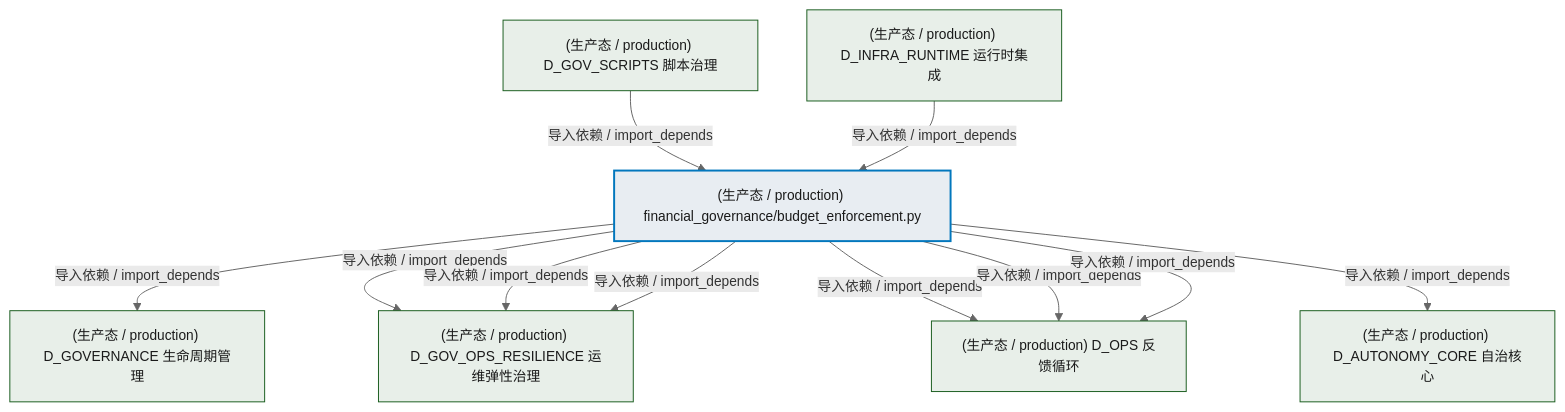
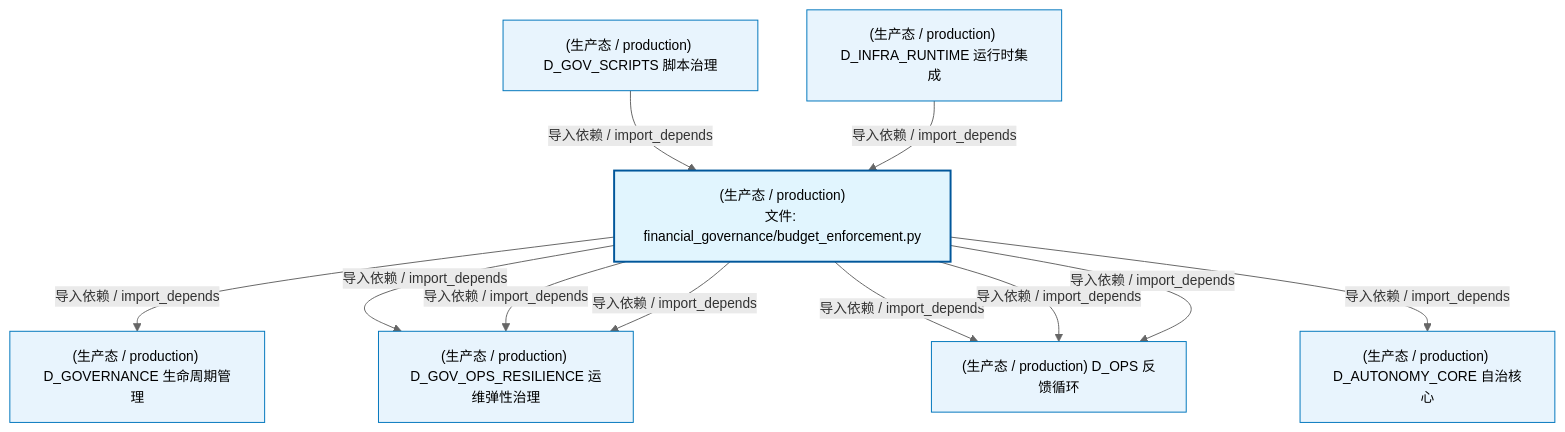
The second of 3 diagrams in docs/02_enterprise_architecture/02_domain_architecture_docs/54_d_gov_repair.md (xuanFelixVan/ZephyrAlpha), drawn with Mermaid before and after one commit. The commit also changed other lines of this file and 75 other files, not shown here.

````diff
--- a/docs/02_enterprise_architecture/02_domain_architecture_docs/54_d_gov_repair.md
+++ b/docs/02_enterprise_architecture/02_domain_architecture_docs/54_d_gov_repair.md
@@ -95,27 +95,27 @@
 ```mermaid
 %%{init: {'theme': 'base', 'themeVariables': {'primaryColor': '#eaeaea', 'primaryTextColor': '#333333', 'primaryBorderColor': '#666666', 'lineColor': '#666666', 'secondaryColor': '#eaeaea', 'tertiaryColor': '#eaeaea', 'fontSize': '14px'}}}%%
 flowchart TD
-    src_zephyr_governance_financial_governance_budget_enforcement_py["(生产态 / production) financial_governance/budget_enforcement.py"]
+    src_zephyr_governance_financial_governance_budget_enforcement_py["(生产态 / production)<br/>文件: financial_governance/budget_enforcement.py"]
     D_GOVERNANCE["(生产态 / production) D_GOVERNANCE 生命周期管理"]
     src_zephyr_governance_financial_governance_budget_enforcement_py -->|导入依赖 / import_depends| D_GOVERNANCE
     D_GOV_OPS_RESILIENCE["(生产态 / production) D_GOV_OPS_RESILIENCE 运维弹性治理"]
     src_zephyr_governance_financial_governance_budget_enforcement_py -->|导入依赖 / import_depends| D_GOV_OPS_RESILIENCE
     src_zephyr_governance_financial_governance_budget_enforcement_py -->|导入依赖 / import_depends| D_GOV_OPS_RESILIENCE
     D_OPS["(生产态 / production) D_OPS 反馈循环"]
     src_zephyr_governance_financial_governance_budget_enforcement_py -->|导入依赖 / import_depends| D_OPS
     D_AUTONOMY_CORE["(生产态 / production) D_AUTONOMY_CORE 自治核心"]
     src_zephyr_governance_financial_governance_budget_enforcement_py -->|导入依赖 / import_depends| D_AUTONOMY_CORE
     src_zephyr_governance_financial_governance_budget_enforcement_py -->|导入依赖 / import_depends| D_OPS
     src_zephyr_governance_financial_governance_budget_enforcement_py -->|导入依赖 / import_depends| D_GOV_OPS_RESILIENCE
     src_zephyr_governance_financial_governance_budget_enforcement_py -->|导入依赖 / import_depends| D_OPS
     D_GOV_SCRIPTS["(生产态 / production) D_GOV_SCRIPTS 脚本治理"]
     D_GOV_SCRIPTS -->|导入依赖 / import_depends| src_zephyr_governance_financial_governance_budget_enforcement_py
     D_INFRA_RUNTIME["(生产态 / production) D_INFRA_RUNTIME 运行时集成"]
     D_INFRA_RUNTIME -->|导入依赖 / import_depends| src_zephyr_governance_financial_governance_budget_enforcement_py
-    classDef production fill:#e8edf2,stroke:#0277bd,stroke-width:2px,color:#1a1a1a
-    classDef design fill:#f0ebe3,stroke:#bf360c,stroke-width:2px,color:#1a1a1a,stroke-dasharray: 5 5
-    classDef external_prod fill:#e8efe9,stroke:#1b5e20,stroke-width:1px,color:#1a1a1a
-    classDef external_design fill:#efe5ea,stroke:#880e4f,stroke-width:1px,color:#1a1a1a,stroke-dasharray: 5 5
+    classDef production fill:#e1f5fe,stroke:#01579b,stroke-width:2px,color:#000
+    classDef design fill:#fff3e0,stroke:#e65100,stroke-width:2px,color:#000,stroke-dasharray: 5 5
+    classDef external_prod fill:#e8f4fd,stroke:#0277bd,stroke-width:1px,color:#000
+    classDef external_design fill:#fff8e7,stroke:#ef6c00,stroke-width:1px,color:#000,stroke-dasharray: 5 5
     class src_zephyr_governance_financial_governance_budget_enforcement_py production
     class D_GOVERNANCE,D_GOV_OPS_RESILIENCE,D_OPS,D_AUTONOMY_CORE,D_GOV_SCRIPTS,D_INFRA_RUNTIME external_prod
 ```
````
